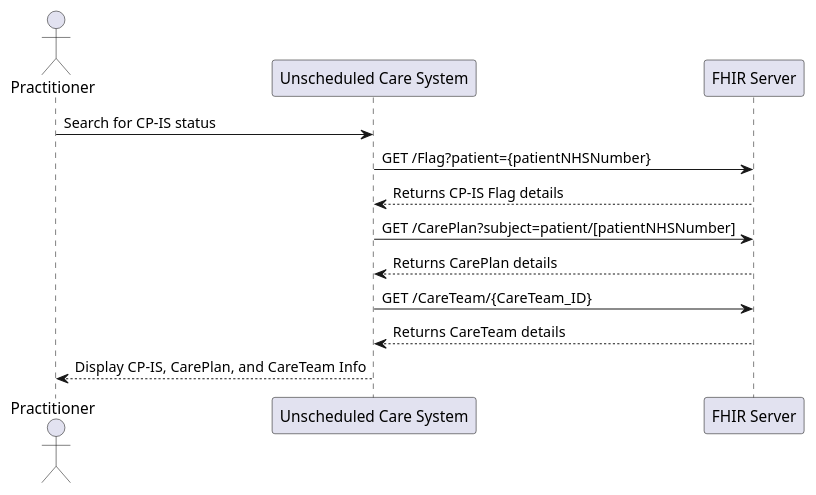
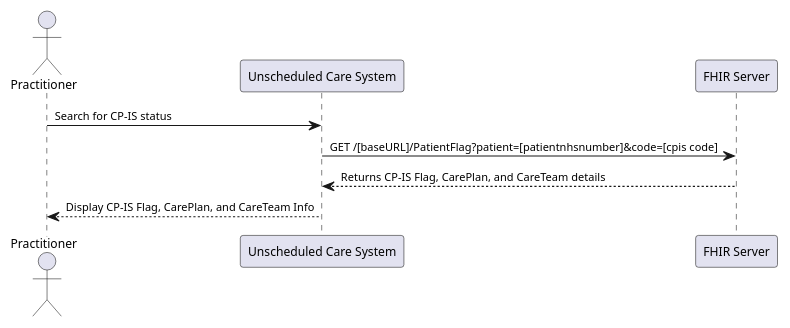
The second of 2 diagrams in NHSEnglandProgrammeImplementationGuides/backup/guides/Patient-Flag-Implementation-Guide-Beta/Home/Use-Cases/CP-IS-record/Retrieve-CP-IS-PatientFlags.page.md (NHSDigital/IOPS-FHIR-Simplifier-Backup), drawn with PlantUML before and after one commit. The commit also changed other lines of this file and 11 other files, not shown here.

```diff
--- a/NHSEnglandProgrammeImplementationGuides/backup/guides/Patient-Flag-Implementation-Guide-Beta/Home/Use-Cases/CP-IS-record/Retrieve-CP-IS-PatientFlags.page.md
+++ b/NHSEnglandProgrammeImplementationGuides/backup/guides/Patient-Flag-Implementation-Guide-Beta/Home/Use-Cases/CP-IS-record/Retrieve-CP-IS-PatientFlags.page.md
@@ -54,19 +53,19 @@
 @startuml
+
+skinparam dpi 120  ' Slightly higher resolution
+skinparam ParticipantFontSize 11
+skinparam ActorFontSize 11
+skinparam ArrowFontSize 10
+skinparam BoxPadding 6
+skinparam ParticipantPadding 12
 
 actor "Practitioner" as Practitioner
 participant "Unscheduled Care System" as System
 participant "FHIR Server" as FHIR
 
 Practitioner -> System: Search for CP-IS status
-System -> FHIR: GET /Flag?patient={patientNHSNumber}
-FHIR --> System: Returns CP-IS Flag details
-
-System -> FHIR: GET /CarePlan?subject=patient/[patientNHSNumber]
-FHIR --> System: Returns CarePlan details
-
-System -> FHIR: GET /CareTeam/{CareTeam_ID}
-FHIR --> System: Returns CareTeam details
-
-System --> Practitioner: Display CP-IS, CarePlan, and CareTeam Info
+System -> FHIR: GET /[baseURL]/PatientFlag?patient=[patientnhsnumber]&code=[cpis code]
+FHIR --> System: Returns CP-IS Flag, CarePlan, and CareTeam details
+System --> Practitioner: Display CP-IS Flag, CarePlan, and CareTeam Info
 
 @enduml
```
